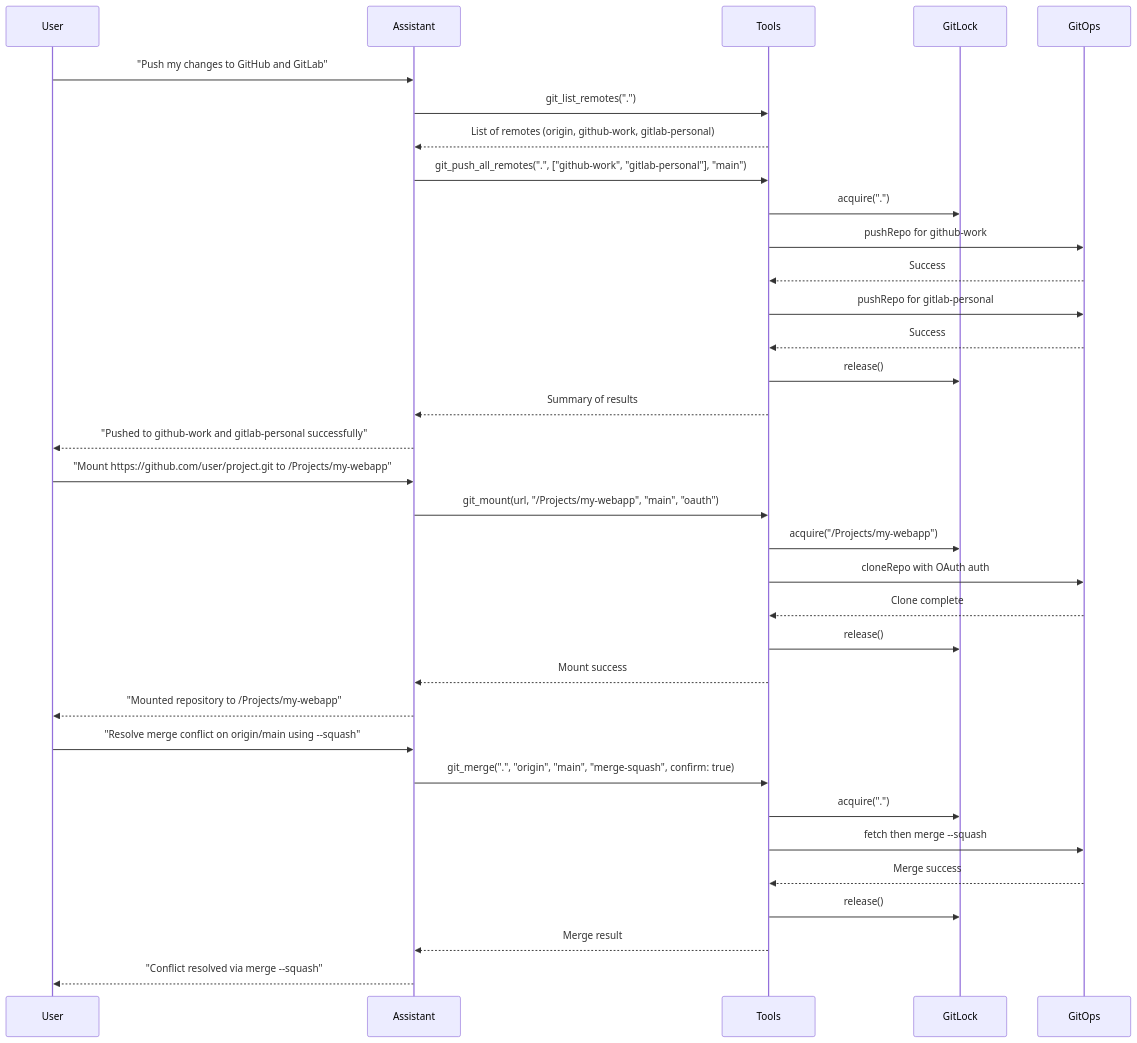
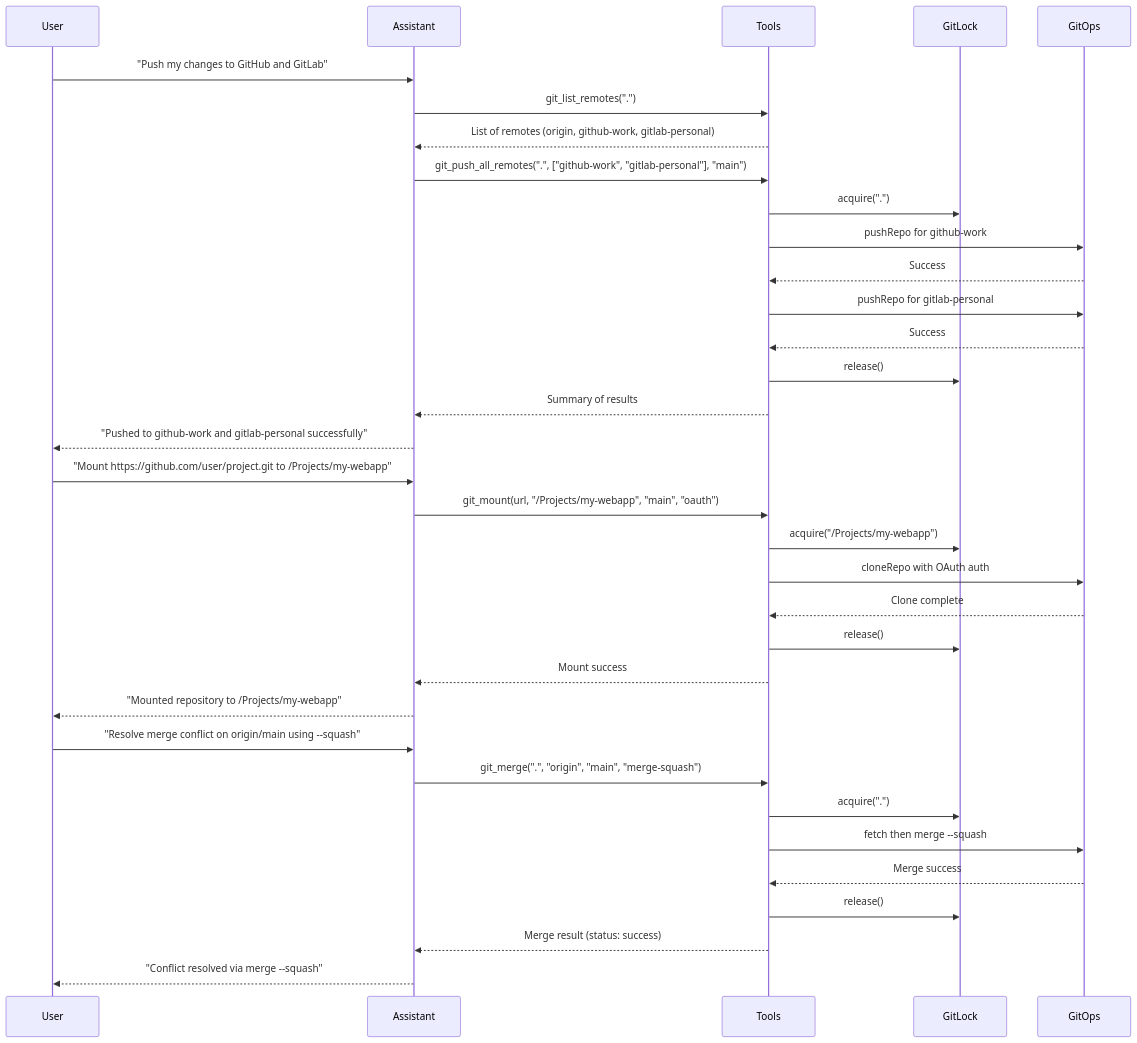
Before and after one commit to vaaale/bos-specs: the fifth of 6 diagrams in 001-external-repo-integration/spec.md, drawn with Mermaid. The commit also changed other lines of this file and 39 other files, not shown here.

````diff
--- a/001-external-repo-integration/spec.md
+++ b/001-external-repo-integration/spec.md
@@ -522,39 +561,39 @@
 ```mermaid
 sequenceDiagram
     participant User
     participant Assistant
     participant Tools
     participant GitLock
     participant GitOps
     
     User->>Assistant: "Push my changes to GitHub and GitLab"
     Assistant->>Tools: git_list_remotes(".")
     Tools-->>Assistant: List of remotes (origin, github-work, gitlab-personal)
     Assistant->>Tools: git_push_all_remotes(".", ["github-work", "gitlab-personal"], "main")
     Tools->>GitLock: acquire(".")
     Tools->>GitOps: pushRepo for github-work
     GitOps-->>Tools: Success
     Tools->>GitOps: pushRepo for gitlab-personal
     GitOps-->>Tools: Success
     Tools->>GitLock: release()
     Tools-->>Assistant: Summary of results
     Assistant-->>User: "Pushed to github-work and gitlab-personal successfully"
     
     User->>Assistant: "Mount https://github.com/user/project.git to /Projects/my-webapp"
     Assistant->>Tools: git_mount(url, "/Projects/my-webapp", "main", "oauth")
     Tools->>GitLock: acquire("/Projects/my-webapp")
     Tools->>GitOps: cloneRepo with OAuth auth
     GitOps-->>Tools: Clone complete
     Tools->>GitLock: release()
     Tools-->>Assistant: Mount success
     Assistant-->>User: "Mounted repository to /Projects/my-webapp"
     
     User->>Assistant: "Resolve merge conflict on origin/main using --squash"
-    Assistant->>Tools: git_merge(".", "origin", "main", "merge-squash", confirm: true)
+    Assistant->>Tools: git_merge(".", "origin", "main", "merge-squash")
     Tools->>GitLock: acquire(".")
     Tools->>GitOps: fetch then merge --squash
     GitOps-->>Tools: Merge success
     Tools->>GitLock: release()
-    Tools-->>Assistant: Merge result
+    Tools-->>Assistant: Merge result (status: success)
     Assistant-->>User: "Conflict resolved via merge --squash"
 ```
````
